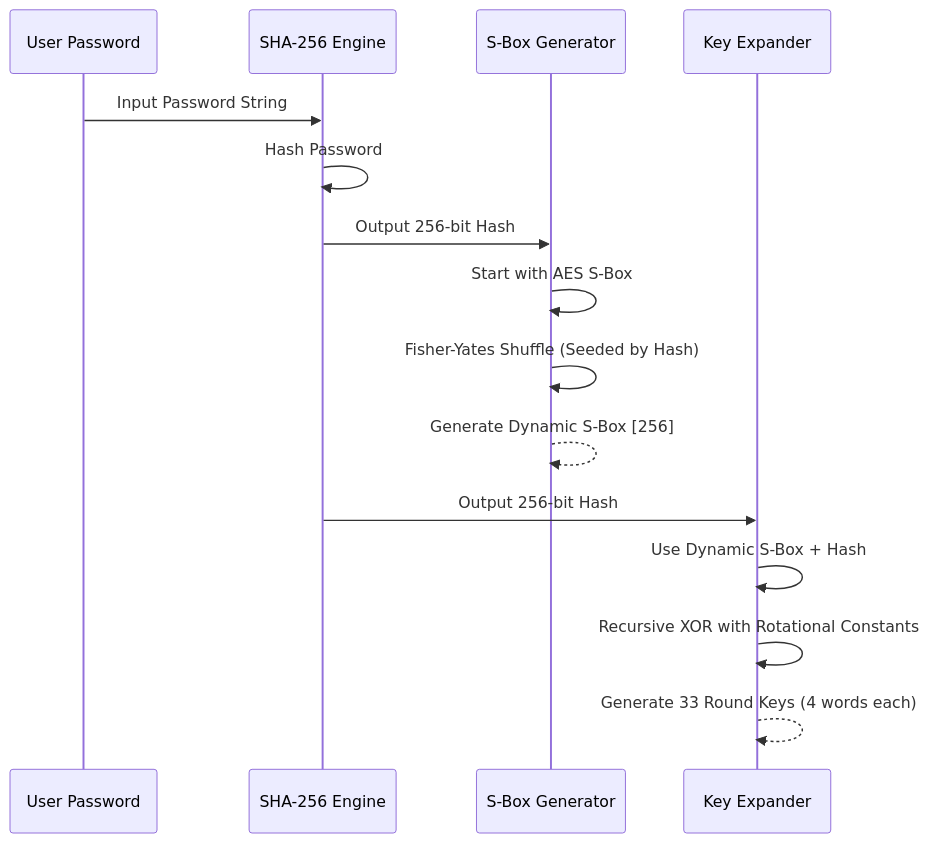
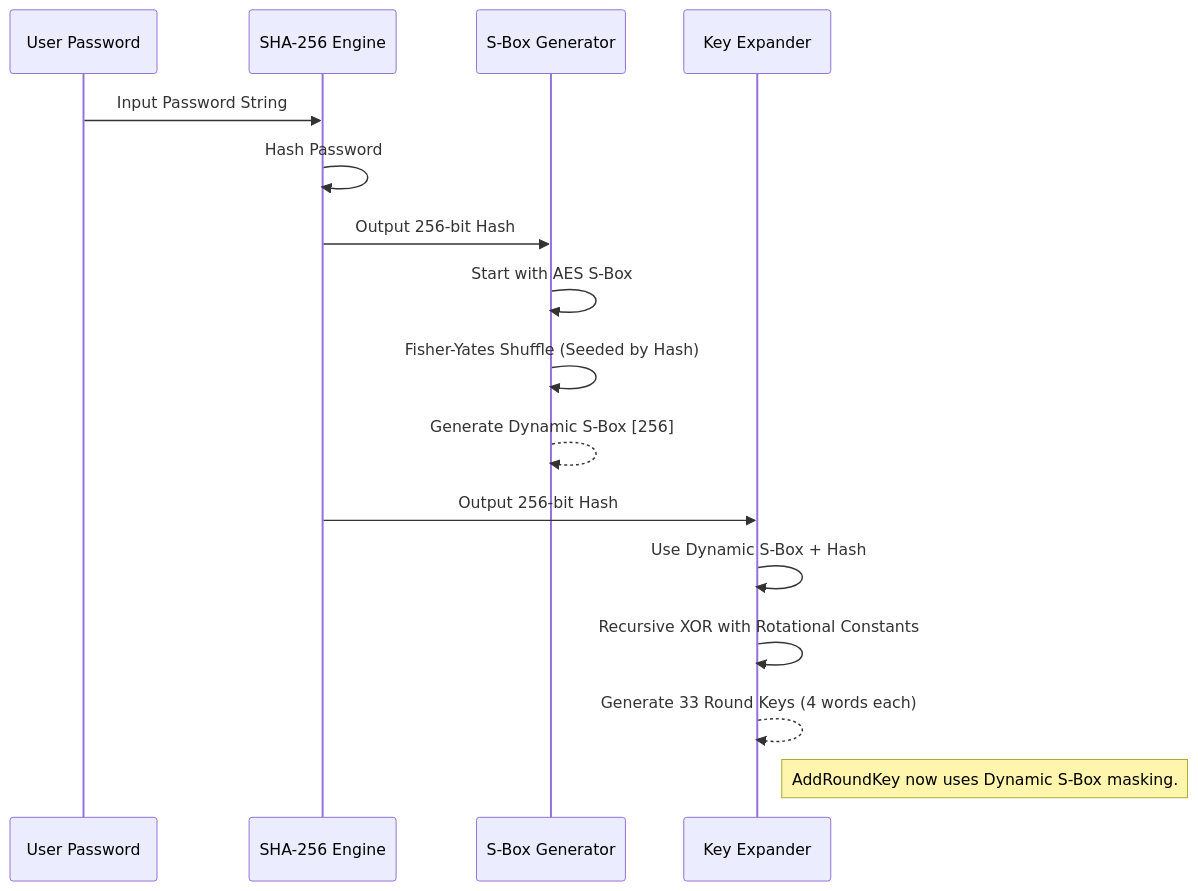
One commit to gg582/Choicrypt changed the diagram in blueprints/key_initialization.md. Above: the diagram before and after it, drawn with Mermaid. The commit also changed other lines of this file and 4 other files, not shown here.

````diff
--- a/blueprints/key_initialization.md
+++ b/blueprints/key_initialization.md
@@ -3,19 +3,21 @@
 ```mermaid
 sequenceDiagram
     participant User as User Password
     participant SHA as SHA-256 Engine
     participant SBox as S-Box Generator
     participant KeyExp as Key Expander
 
     User->>SHA: Input Password String
     SHA->>SHA: Hash Password
     SHA->>SBox: Output 256-bit Hash
     SBox->>SBox: Start with AES S-Box
     SBox->>SBox: Fisher-Yates Shuffle (Seeded by Hash)
     SBox-->>SBox: Generate Dynamic S-Box [256]
     
     SHA->>KeyExp: Output 256-bit Hash
     KeyExp->>KeyExp: Use Dynamic S-Box + Hash
     KeyExp->>KeyExp: Recursive XOR with Rotational Constants
     KeyExp-->>KeyExp: Generate 33 Round Keys (4 words each)
+    
+    Note right of KeyExp: AddRoundKey now uses Dynamic S-Box masking.
 ```
````
